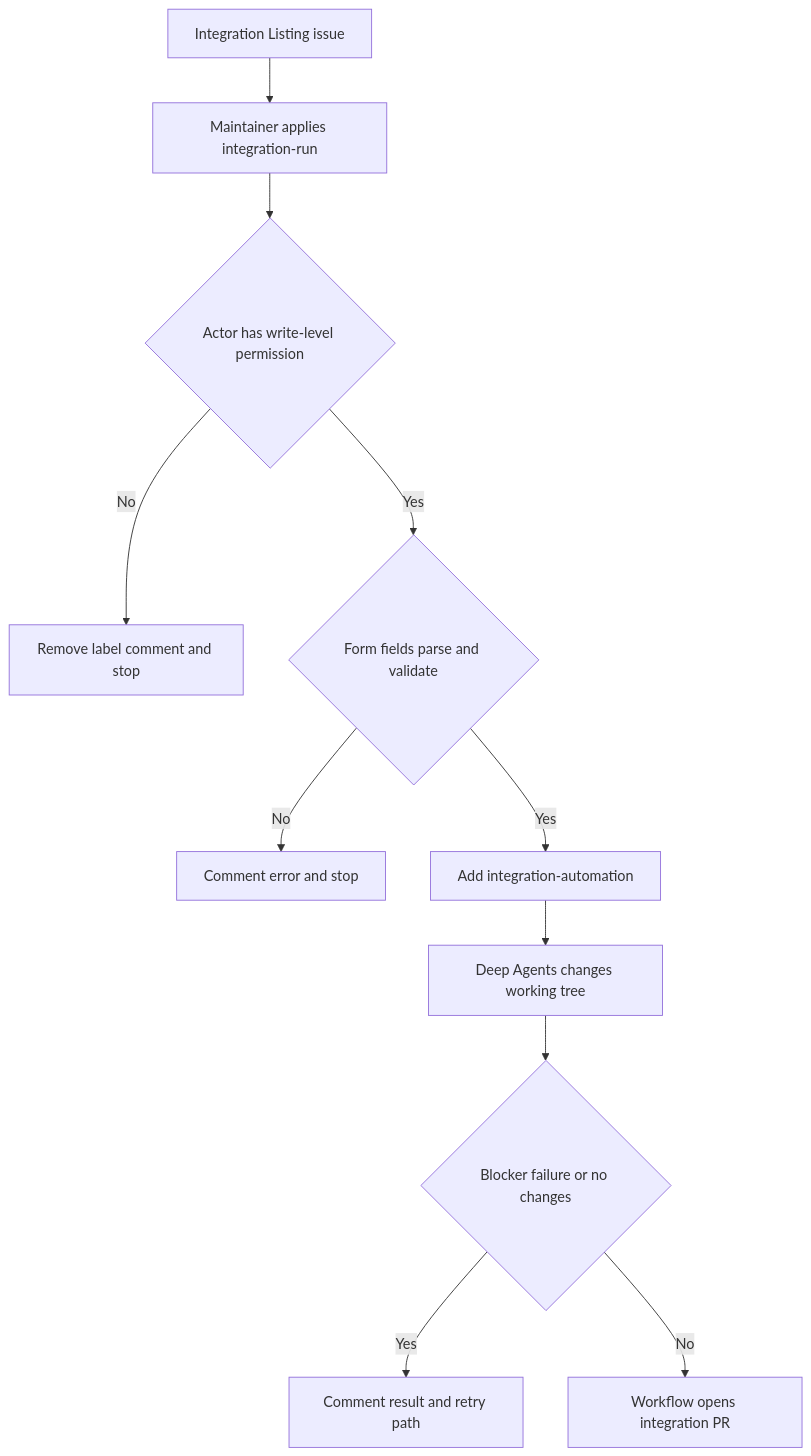
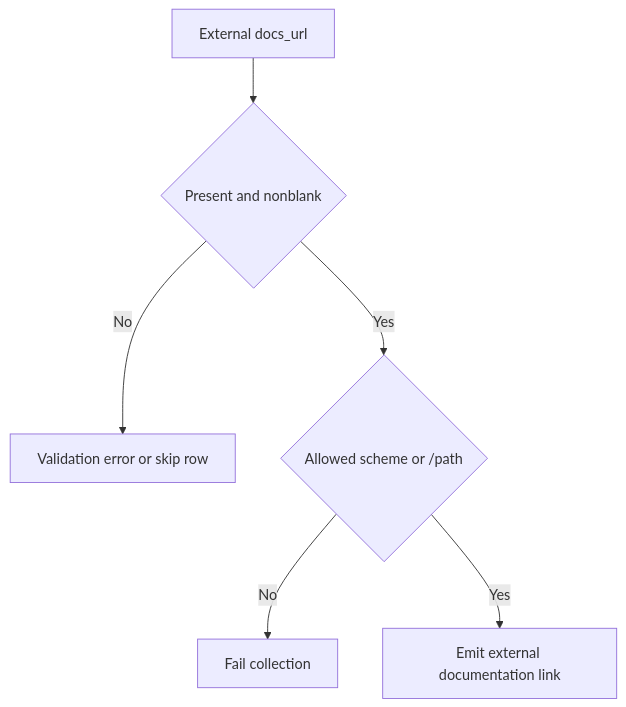
Before and after one commit to langchain-ai/docs: the second of 3 diagrams in openwiki/workflows/integration-listing-automation.md, drawn with Mermaid. The commit also changed other lines of this file and 11 other files, not shown here.

````diff
--- a/openwiki/workflows/integration-listing-automation.md
+++ b/openwiki/workflows/integration-listing-automation.md
@@ -57,13 +97,8 @@
 ```mermaid
 flowchart TD
-    Form["Integration Listing issue"] --> Gate["Maintainer applies integration-run"]
-    Gate --> Auth{"Actor has write-level permission"}
-    Auth -- No --> Stop["Remove label comment and stop"]
-    Auth -- Yes --> Parsed{"Form fields parse and validate"}
-    Parsed -- No --> ParseError["Comment error and stop"]
-    Parsed -- Yes --> Mark["Add integration-automation"]
-    Mark --> Agent["Deep Agents changes working tree"]
-    Agent --> Diff{"Blocker failure or no changes"}
-    Diff -- Yes --> Report["Comment result and retry path"]
-    Diff -- No --> PR["Workflow opens integration PR"]
+    Value["External docs_url"] --> Present{"Present and nonblank"}
+    Present -- No --> Missing["Validation error or skip row"]
+    Present -- Yes --> Safe{"Allowed scheme or /path"}
+    Safe -- No --> Reject["Fail collection"]
+    Safe -- Yes --> Link["Emit external documentation link"]
 ```
````
